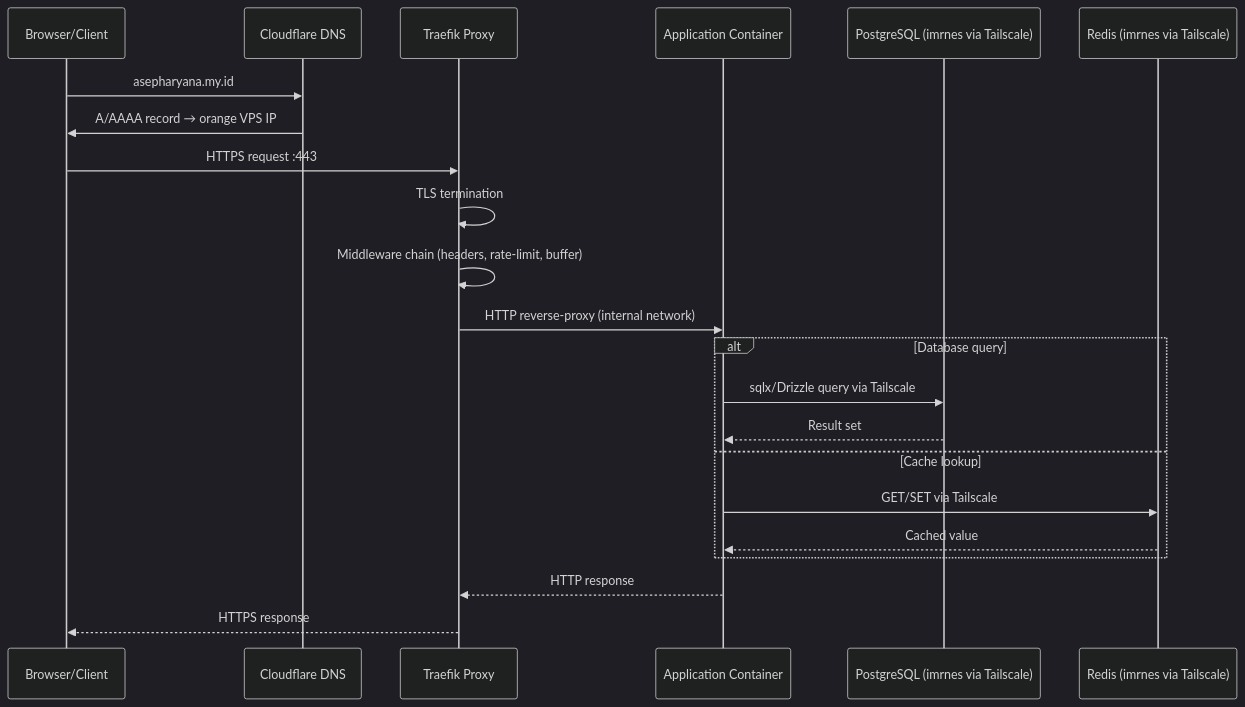
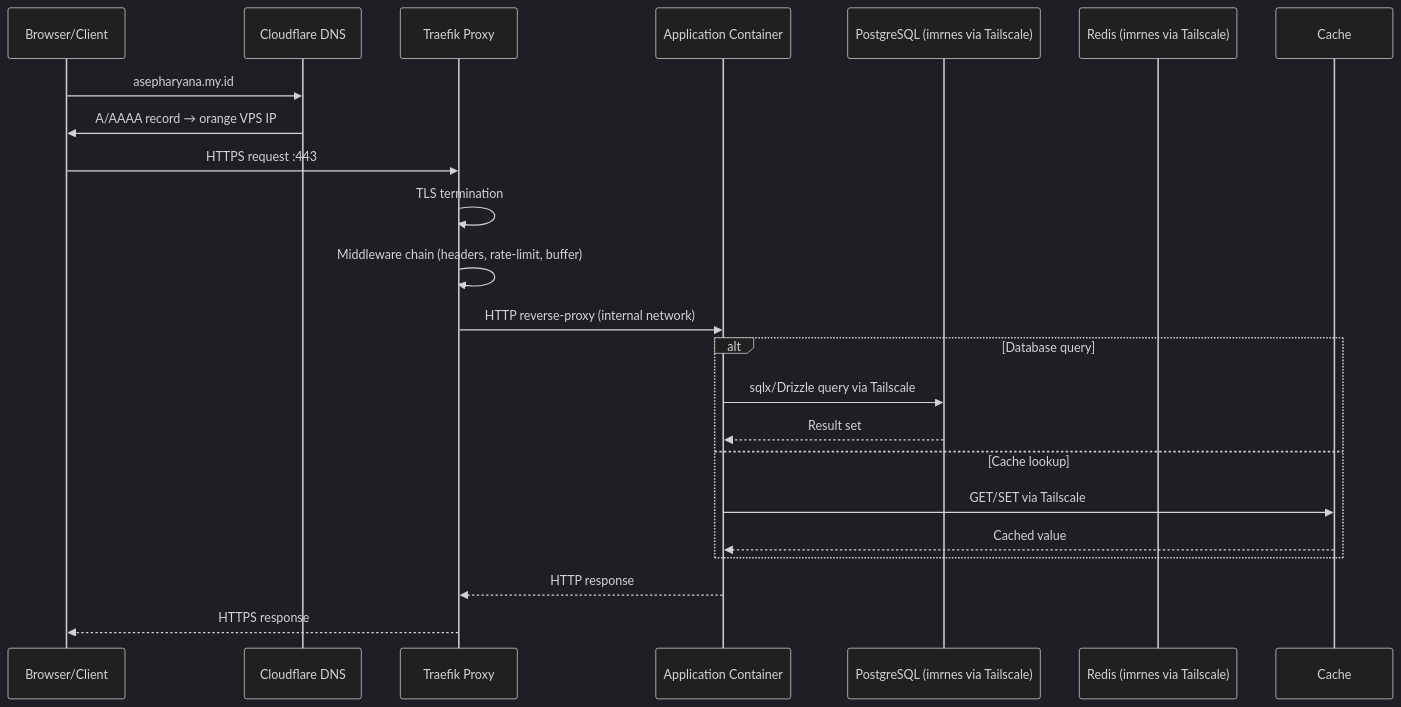
One commit to asepharyana/asepharyana-hub changed the second of 5 diagrams in ARCHITECTURE.md. Above: the diagram before and after it, drawn with Mermaid (dark theme). The commit also changed other lines of this file and 4 other files, not shown here.

Commit message:
refactor: update architecture and documentation for scraper service, remove deprecated services

````diff
--- a/ARCHITECTURE.md
+++ b/ARCHITECTURE.md
@@ -137,27 +126,27 @@
 ```mermaid
 sequenceDiagram
     participant User as Browser/Client
     participant DNS as Cloudflare DNS
     participant Traefik as Traefik Proxy
     participant App as Application Container
     participant DB as PostgreSQL (imrnes via Tailscale)
     participant Redis as Redis (imrnes via Tailscale)
 
     User->>DNS: asepharyana.my.id
     DNS->>User: A/AAAA record → orange VPS IP
     User->>Traefik: HTTPS request :443
     Traefik->>Traefik: TLS termination
     Traefik->>Traefik: Middleware chain (headers, rate-limit, buffer)
     Traefik->>App: HTTP reverse-proxy (internal network)
 
     alt Database query
         App->>DB: sqlx/Drizzle query via Tailscale
         DB-->>App: Result set
     else Cache lookup
-        App->>Redis: GET/SET via Tailscale
-        Redis-->>App: Cached value
+        App->>Cache: GET/SET via Tailscale
+        Cache-->>App: Cached value
     end
 
     App-->>Traefik: HTTP response
     Traefik-->>User: HTTPS response
 ```
````
